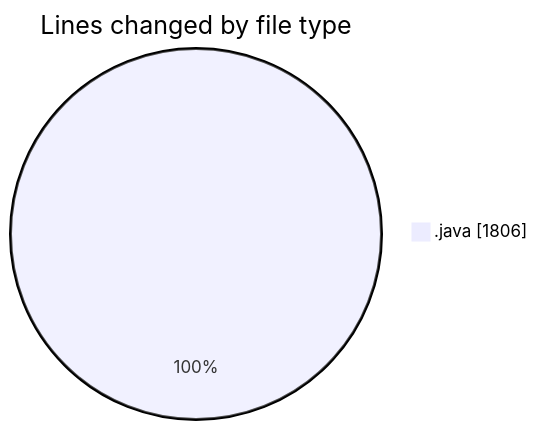
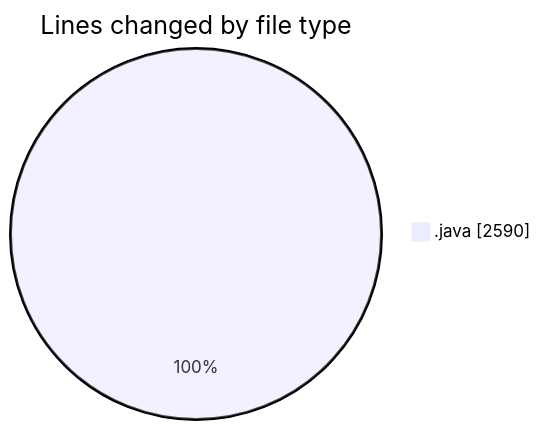
Before and after one commit to ricardozamudiocil/code-tracking: the first of 2 diagrams in 2026-04-16/cilapp/README.md, drawn with Mermaid. The commit also changed other lines of this file and 1 other file, not shown here.

````diff
--- a/2026-04-16/cilapp/README.md
+++ b/2026-04-16/cilapp/README.md
@@ -28,5 +28,5 @@
 ```mermaid
 pie showData
 title Lines changed by file type
-".java" : 1806
+".java" : 2590
 ```
````
